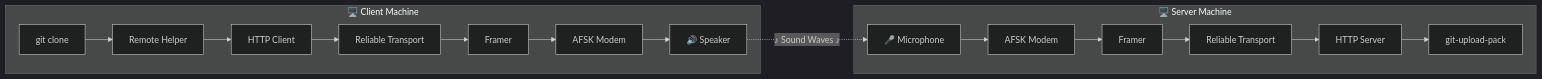
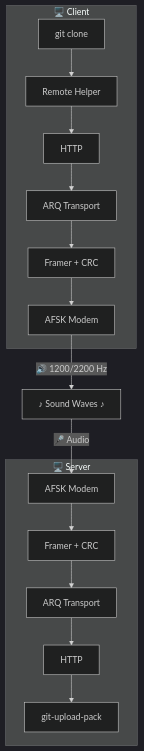
One commit to jtexp/modumb changed the first of 3 diagrams in README.md. Above: the diagram before and after it, drawn with Mermaid (dark theme). The commit also changed other lines of this file, not shown here.

Commit message:
Fix Mermaid diagram layout for better readability
Changed flow diagram from horizontal (LR) to vertical (TB)
layout so it renders larger on GitHub.

````diff
--- a/README.md
+++ b/README.md
@@ -34,21 +34,20 @@
 ```mermaid
-flowchart LR
-    subgraph Client["🖥️ Client Machine"]
+flowchart TB
+    subgraph Client["🖥️ Client"]
         GC[git clone] --> RH[Remote Helper]
-        RH --> HC[HTTP Client]
-        HC --> RT1[Reliable Transport]
-        RT1 --> F1[Framer]
+        RH --> HC[HTTP]
+        HC --> RT1[ARQ Transport]
+        RT1 --> F1[Framer + CRC]
         F1 --> M1[AFSK Modem]
-        M1 --> S1["🔊 Speaker"]
     end
 
-    S1 -.->|"♪ Sound Waves ♪"| M2
+    M1 -->|"🔊 1200/2200 Hz"| AIR["♪ Sound Waves ♪"]
+    AIR -->|"🎤 Audio"| M2
 
-    subgraph Server["🖥️ Server Machine"]
-        M2["🎤 Microphone"] --> M3[AFSK Modem]
-        M3 --> F2[Framer]
-        F2 --> RT2[Reliable Transport]
-        RT2 --> HS[HTTP Server]
+    subgraph Server["🖥️ Server"]
+        M2[AFSK Modem] --> F2[Framer + CRC]
+        F2 --> RT2[ARQ Transport]
+        RT2 --> HS[HTTP]
         HS --> GS[git-upload-pack]
     end
 ```
````
